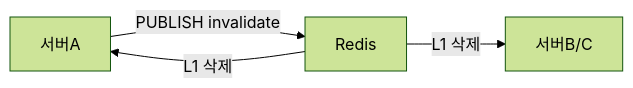
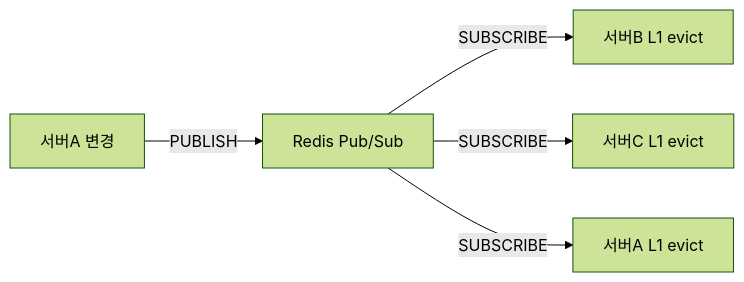
One commit to yjkim2015/yjkim2015.github.io changed the fifth of 7 diagrams in _posts/caching/2026-05-03-cache-invalidation.md. Above: the diagram before and after it, drawn with Mermaid (forest theme). The commit also changed other lines of this file and 4 other files, not shown here.

````diff
--- a/_posts/caching/2026-05-03-cache-invalidation.md
+++ b/_posts/caching/2026-05-03-cache-invalidation.md
@@ -410,9 +706,7 @@
 ```mermaid
 graph LR
-    SA["서버A"]
-    R["Redis"]
-    SB["서버B/C"]
-    SA -->|"PUBLISH invalidate"| R
-    R -->|"L1 삭제"| SA
-    R -->|"L1 삭제"| SB
+    SA["서버A 변경"] -->|"PUBLISH"| RPub["Redis Pub/Sub"]
+    RPub -->|"SUBSCRIBE"| SB["서버B L1 evict"]
+    RPub -->|"SUBSCRIBE"| SC["서버C L1 evict"]
+    RPub -->|"SUBSCRIBE"| SA2["서버A L1 evict"]
 ```
````
